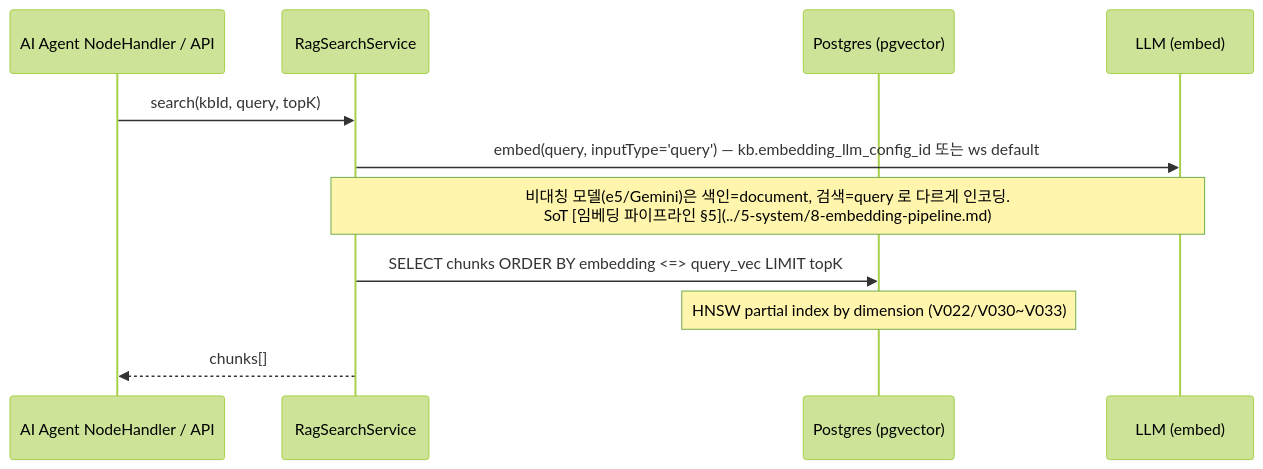
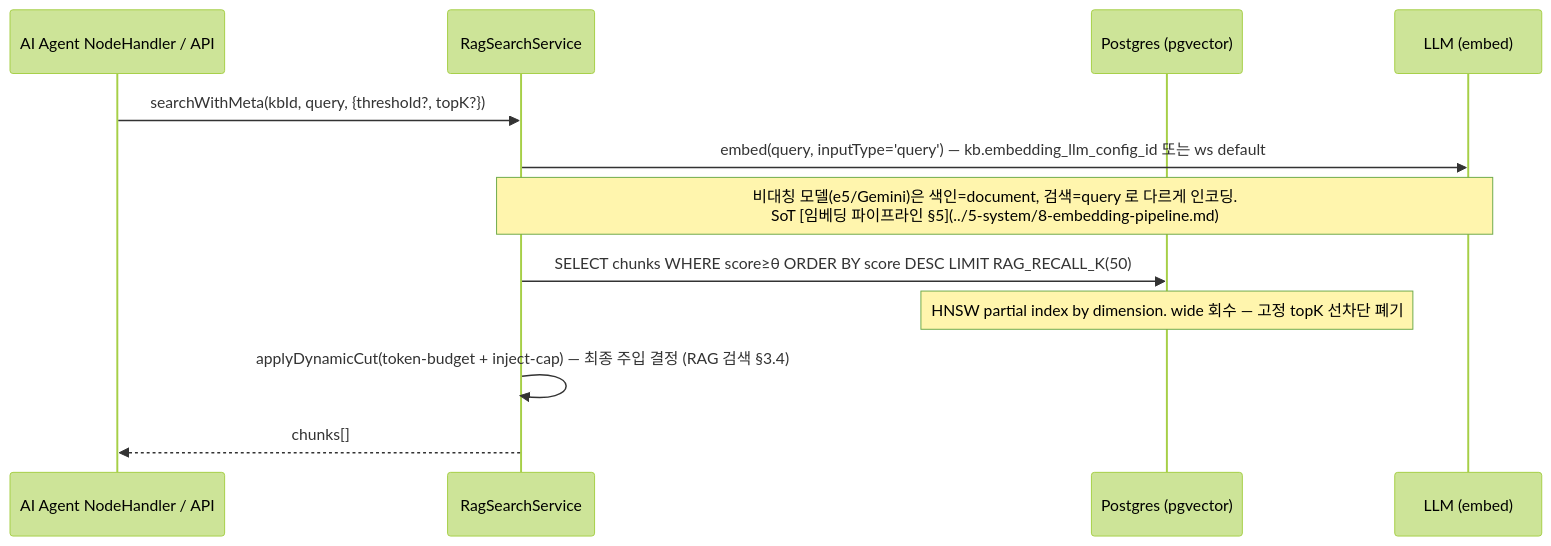
Before and after one commit to worker-ants/clemvion: the third of 5 diagrams in spec/data-flow/6-knowledge-base.md, drawn with Mermaid (forest theme). The commit also changed 99 other files, not shown here.

First line of the commit message:
feat(rag-search): P1 D1 점수 기반 동적 컷 + D2 conditional escalate (#500)

````diff
--- a/spec/data-flow/6-knowledge-base.md
+++ b/spec/data-flow/6-knowledge-base.md
@@ -109,14 +109,15 @@
 ```mermaid
 sequenceDiagram
   participant H as AI Agent NodeHandler / API
   participant R as RagSearchService
   participant PG as Postgres (pgvector)
   participant LLM as LLM (embed)
 
-  H->>R: search(kbId, query, topK)
+  H->>R: searchWithMeta(kbId, query, {threshold?, topK?})
   R->>LLM: embed(query, inputType='query') — kb.embedding_llm_config_id 또는 ws default
   Note over R,LLM: 비대칭 모델(e5/Gemini)은 색인=document, 검색=query 로 다르게 인코딩.<br/>SoT [임베딩 파이프라인 §5](../5-system/8-embedding-pipeline.md)
-  R->>PG: SELECT chunks ORDER BY embedding <=> query_vec LIMIT topK
-  Note over PG: HNSW partial index by dimension (V022/V030~V033)
+  R->>PG: SELECT chunks WHERE score≥θ ORDER BY score DESC LIMIT RAG_RECALL_K(50)
+  Note over PG: HNSW partial index by dimension. wide 회수 — 고정 topK 선차단 폐기
+  R->>R: applyDynamicCut(token-budget + inject-cap) — 최종 주입 결정 (RAG 검색 §3.4)
   R-->>H: chunks[]
 ```
````
